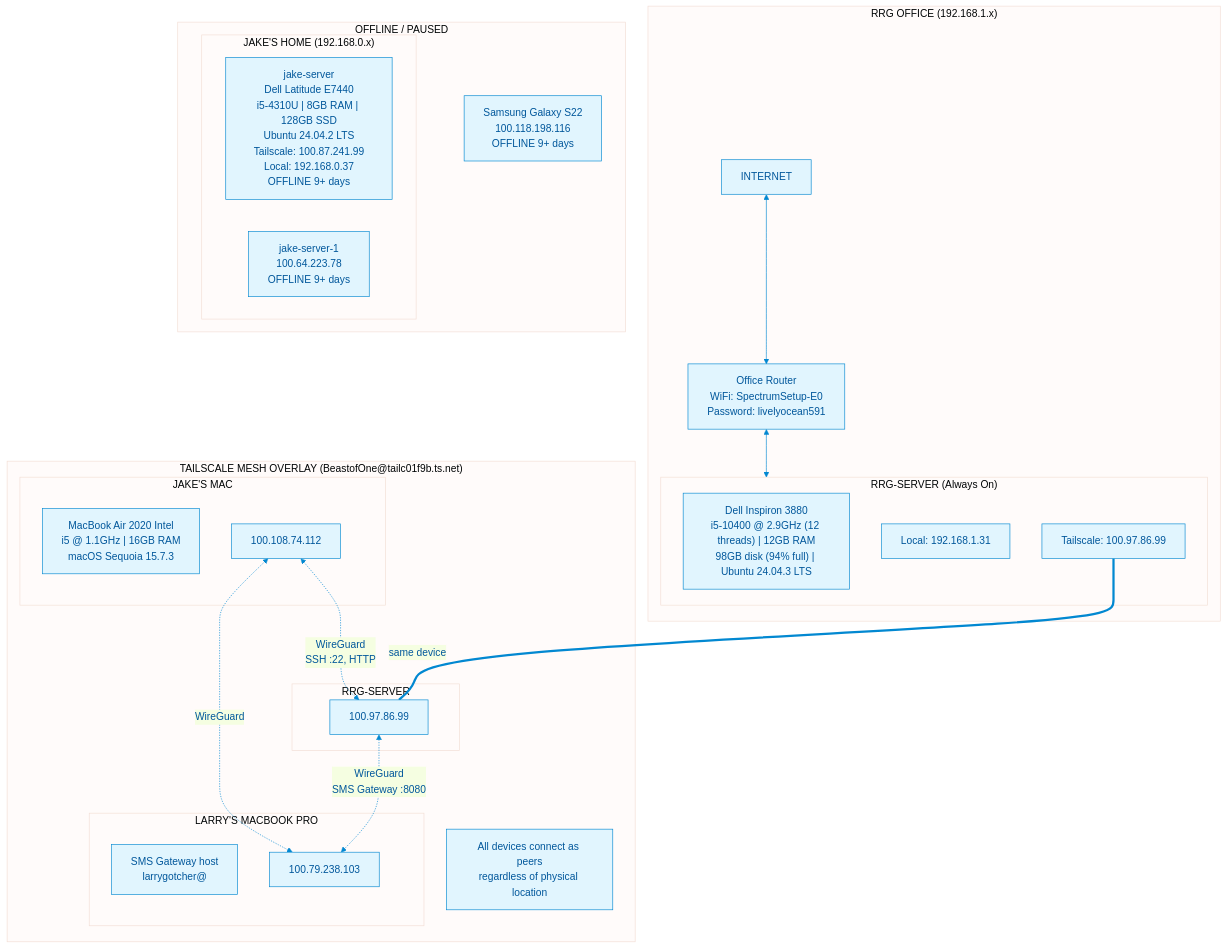
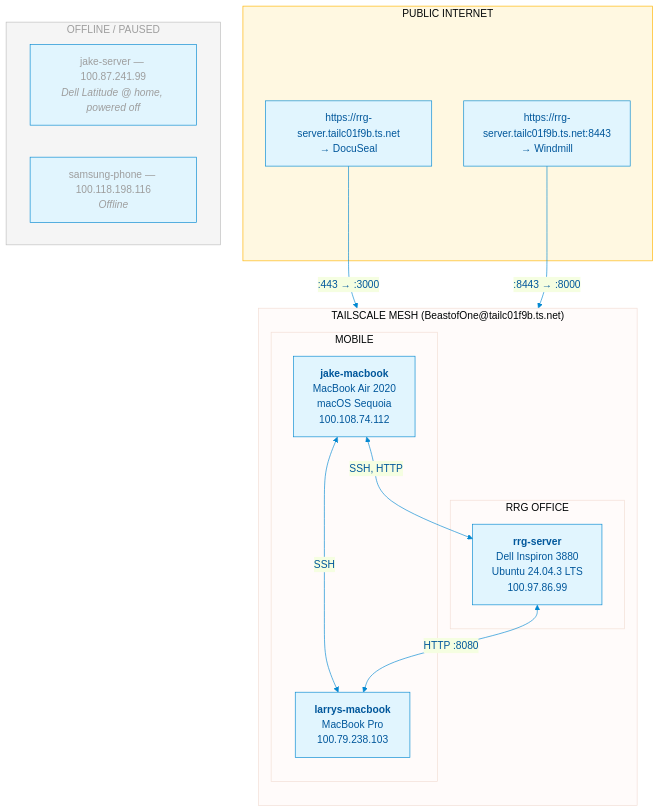
One commit to BeastofOne/rrg-server changed the diagram in docs/mermaid/layer1_physical.mmd. Above: the diagram before and after it, drawn with Mermaid. The commit also changed 2 other files, not shown here.

Commit message:
Rewrite all three Mermaid layers for clarity and consistency
Layer 1: Remove credentials, eliminate duplicate nodes, grey out offline devices, add Funnel as public internet entry point.
Layer 2: Remove image sizes from labels, separate Funnel into own subgraph inside server, drop source code and build pipeline (belongs in docs not diagrams), add color-coded subgraph styling.
Layer 3: Shorten Windmill paths to readable names, remove orphaned get_pending_draft_signals node, use hexagon for route decision node, add consistent color-coded styling across all subgraphs.

```diff
--- a/docs/mermaid/layer1_physical.mmd
+++ b/docs/mermaid/layer1_physical.mmd
@@ -1,53 +1,40 @@
 %%{init: {'theme': 'base', 'themeVariables': { 'primaryColor': '#e1f5fe', 'primaryTextColor': '#01579b', 'primaryBorderColor': '#0288d1', 'lineColor': '#0288d1'}}}%%
 
 graph TB
-    subgraph OFFICE["RRG OFFICE (192.168.1.x)"]
-        INTERNET["INTERNET"]
+    subgraph NETWORK["TAILSCALE MESH (BeastofOne@tailc01f9b.ts.net)"]
+        direction TB
 
-        ROUTER["Office Router<br/>WiFi: SpectrumSetup-E0<br/>Password: livelyocean591"]
-
-        subgraph SERVER["RRG-SERVER (Always On)"]
-            SERVER_INFO["Dell Inspiron 3880<br/>i5-10400 @ 2.9GHz (12 threads) | 12GB RAM<br/>98GB disk (94% full) | Ubuntu 24.04.3 LTS"]
-            SERVER_LOCAL["Local: 192.168.1.31"]
-            SERVER_TS["Tailscale: 100.97.86.99"]
+        subgraph OFFICE["RRG OFFICE"]
+            RRG["<b>rrg-server</b><br/>Dell Inspiron 3880<br/>Ubuntu 24.04.3 LTS<br/>100.97.86.99"]
         end
 
-        INTERNET <--> ROUTER
-        ROUTER <--> SERVER
-    end
-
-    subgraph TAILSCALE["TAILSCALE MESH OVERLAY (BeastofOne@tailc01f9b.ts.net)"]
-        TS_NOTE["All devices connect as peers<br/>regardless of physical location"]
-
-        subgraph TS_MAC["JAKE'S MAC"]
-            MAC_INFO["MacBook Air 2020 Intel<br/>i5 @ 1.1GHz | 16GB RAM<br/>macOS Sequoia 15.7.3"]
-            MAC_TS["100.108.74.112"]
-        end
-
-        subgraph TS_RRG["RRG-SERVER"]
-            TS_RRG_IP["100.97.86.99"]
-        end
-
-        subgraph TS_LARRY["LARRY'S MACBOOK PRO"]
-            LARRY_INFO["SMS Gateway host<br/>larrygotcher@"]
-            LARRY_TS["100.79.238.103"]
+        subgraph MOBILE["MOBILE"]
+            MAC["<b>jake-macbook</b><br/>MacBook Air 2020<br/>macOS Sequoia<br/>100.108.74.112"]
+            LARRY["<b>larrys-macbook</b><br/>MacBook Pro<br/>100.79.238.103"]
         end
     end
 
-    subgraph OFFLINE["OFFLINE / PAUSED"]
-        subgraph JAKE_HOME["JAKE'S HOME (192.168.0.x)"]
-            JAKE_SERVER["jake-server<br/>Dell Latitude E7440<br/>i5-4310U | 8GB RAM | 128GB SSD<br/>Ubuntu 24.04.2 LTS<br/>Tailscale: 100.87.241.99<br/>Local: 192.168.0.37<br/>OFFLINE 9+ days"]
-            JAKE_SERVER_1["jake-server-1<br/>100.64.223.78<br/>OFFLINE 9+ days"]
-        end
-
-        PHONE["Samsung Galaxy S22<br/>100.118.198.116<br/>OFFLINE 9+ days"]
+    subgraph PUBLIC["PUBLIC INTERNET"]
+        FUNNEL_DS["https://rrg-server.tailc01f9b.ts.net<br/>→ DocuSeal"]
+        FUNNEL_WM["https://rrg-server.tailc01f9b.ts.net:8443<br/>→ Windmill"]
     end
 
-    %% Active connections
-    MAC_TS <-.->|"WireGuard<br/>SSH :22, HTTP"| TS_RRG_IP
-    TS_RRG_IP <-.->|"WireGuard<br/>SMS Gateway :8080"| LARRY_TS
-    MAC_TS <-.->|"WireGuard"| LARRY_TS
-    SERVER_TS ===|"same device"| TS_RRG_IP
+    subgraph PAUSED["OFFLINE / PAUSED"]
+        JAKE_SRV["jake-server — 100.87.241.99<br/><i>Dell Latitude @ home, powered off</i>"]
+        PHONE["samsung-phone — 100.118.198.116<br/><i>Offline</i>"]
+    end
 
-    %% Offline connections (dashed, greyed)
-    JAKE_SERVER ~~~ PHONE
+    %% Active Tailscale connections
+    MAC <-->|"SSH, HTTP"| RRG
+    MAC <-->|"SSH"| LARRY
+    RRG <-->|"HTTP :8080"| LARRY
+
+    %% Tailscale Funnel
+    FUNNEL_DS -->|":443 → :3000"| RRG
+    FUNNEL_WM -->|":8443 → :8000"| RRG
+
+    %% Styling
+    style PAUSED fill:#f5f5f5,stroke:#bdbdbd,color:#9e9e9e
+    style JAKE_SRV color:#9e9e9e
+    style PHONE color:#9e9e9e
+    style PUBLIC fill:#fff8e1,stroke:#ffb300
```
